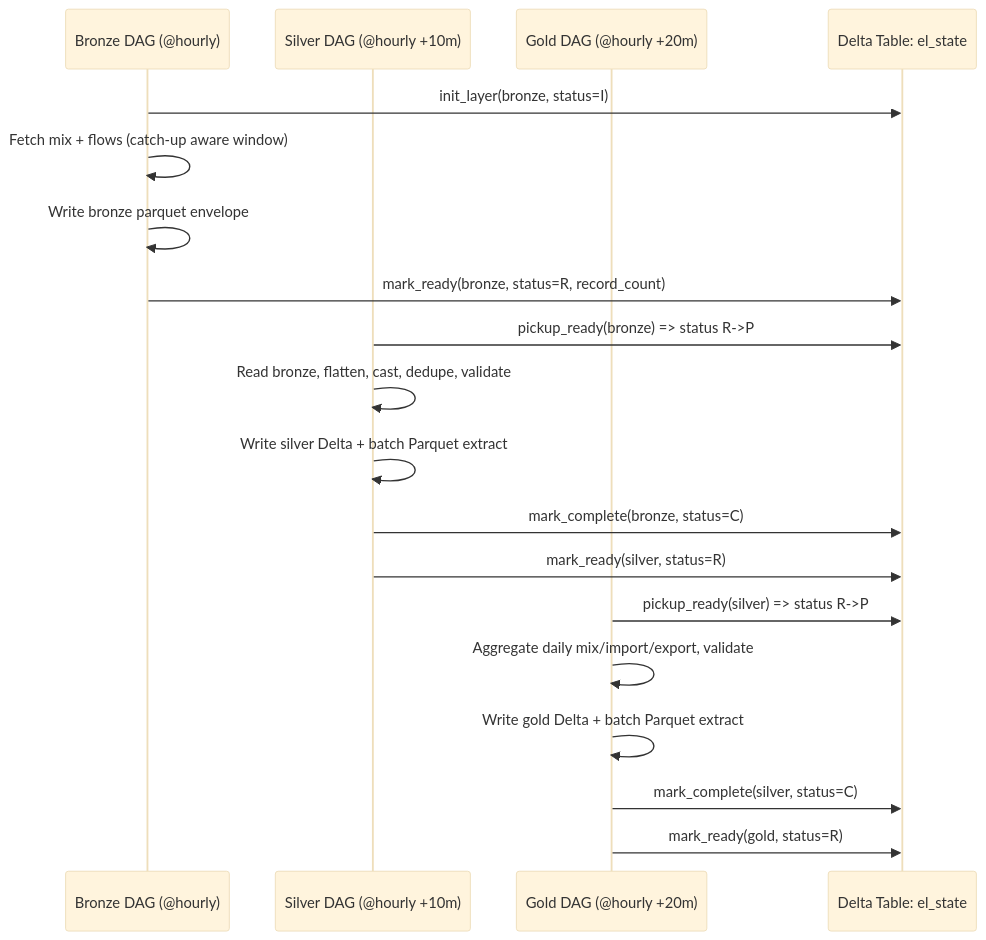
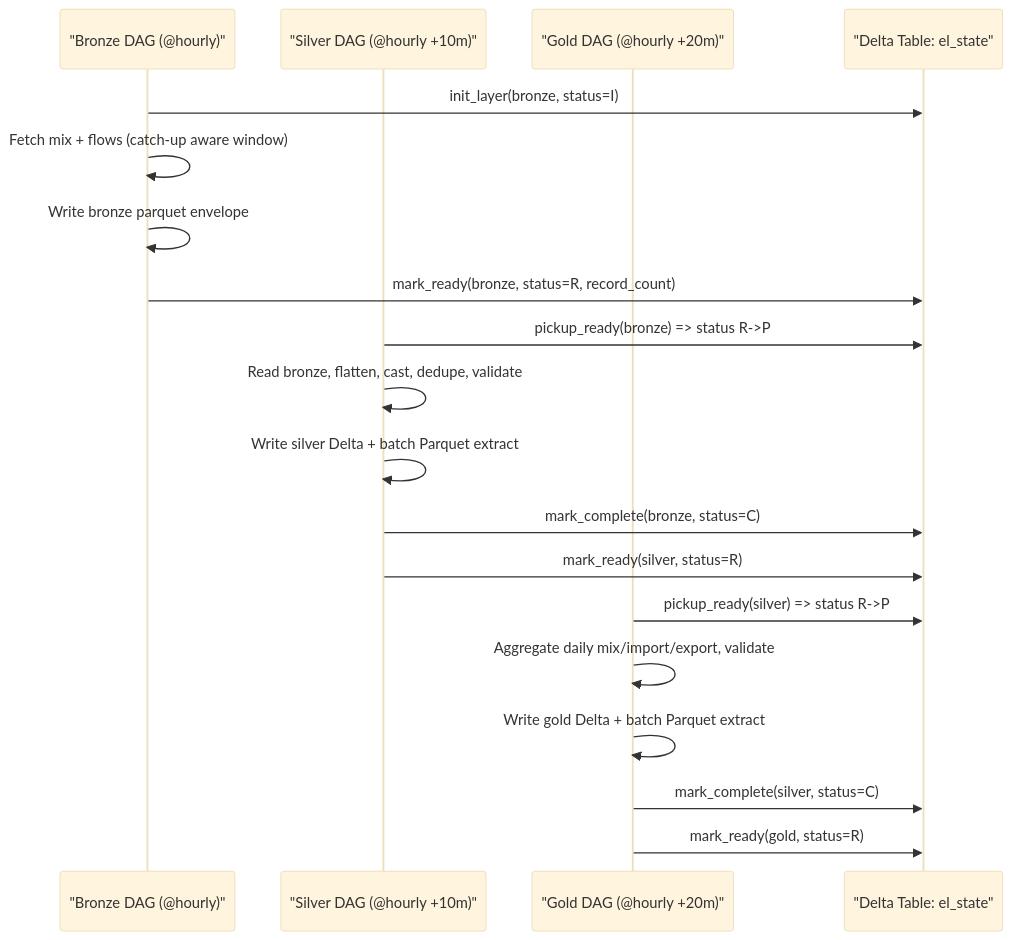
Before and after one commit to mohantee/ElectricityMaps: the diagram in README.md, drawn with Mermaid (base theme). The commit also changed other lines of this file and 11 other files, not shown here.

````diff
--- a/README.md
+++ b/README.md
@@ -70,24 +54,24 @@
 ```mermaid
 sequenceDiagram
-    participant B as Bronze DAG (@hourly)
-    participant S as Silver DAG (@hourly +10m)
-    participant G as Gold DAG (@hourly +20m)
-    participant ST as Delta Table: el_state
+    participant B as "Bronze DAG (@hourly)"
+    participant S as "Silver DAG (@hourly +10m)"
+    participant G as "Gold DAG (@hourly +20m)"
+    participant ST as "Delta Table: el_state"
 
     B->>ST: init_layer(bronze, status=I)
     B->>B: Fetch mix + flows (catch-up aware window)
     B->>B: Write bronze parquet envelope
     B->>ST: mark_ready(bronze, status=R, record_count)
 
     S->>ST: pickup_ready(bronze) => status R->P
     S->>S: Read bronze, flatten, cast, dedupe, validate
     S->>S: Write silver Delta + batch Parquet extract
     S->>ST: mark_complete(bronze, status=C)
     S->>ST: mark_ready(silver, status=R)
 
     G->>ST: pickup_ready(silver) => status R->P
     G->>G: Aggregate daily mix/import/export, validate
     G->>G: Write gold Delta + batch Parquet extract
     G->>ST: mark_complete(silver, status=C)
     G->>ST: mark_ready(gold, status=R)
 ```
````
